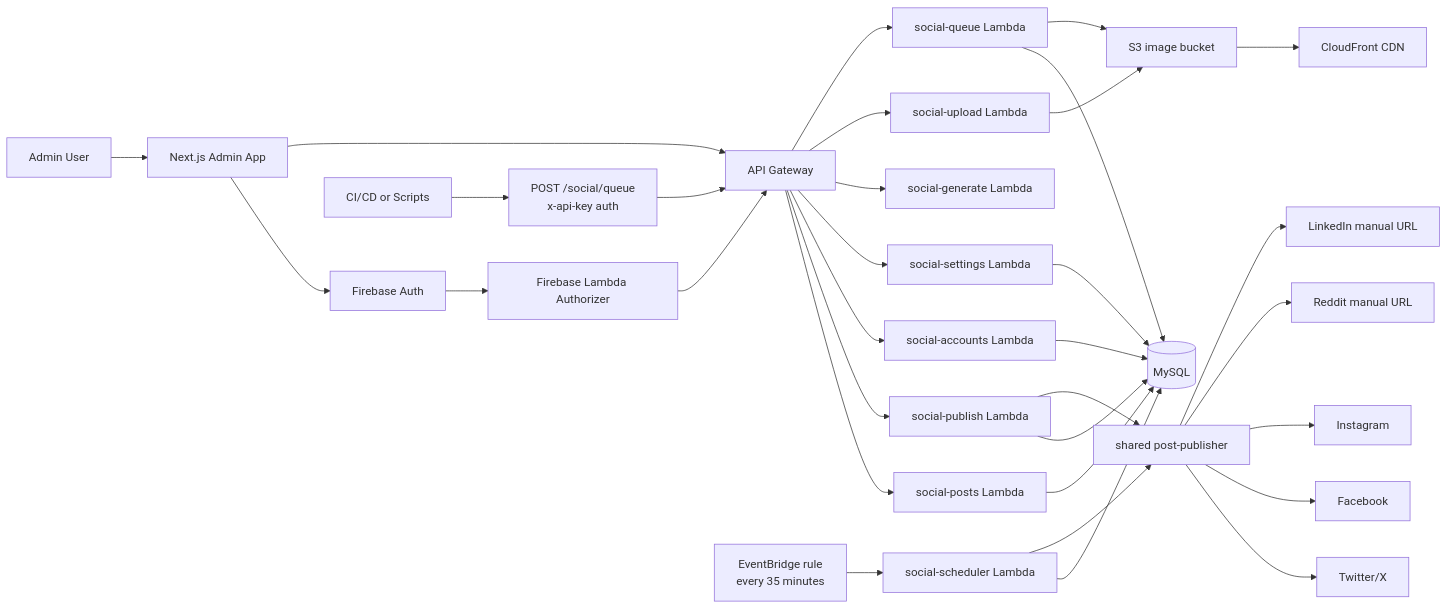
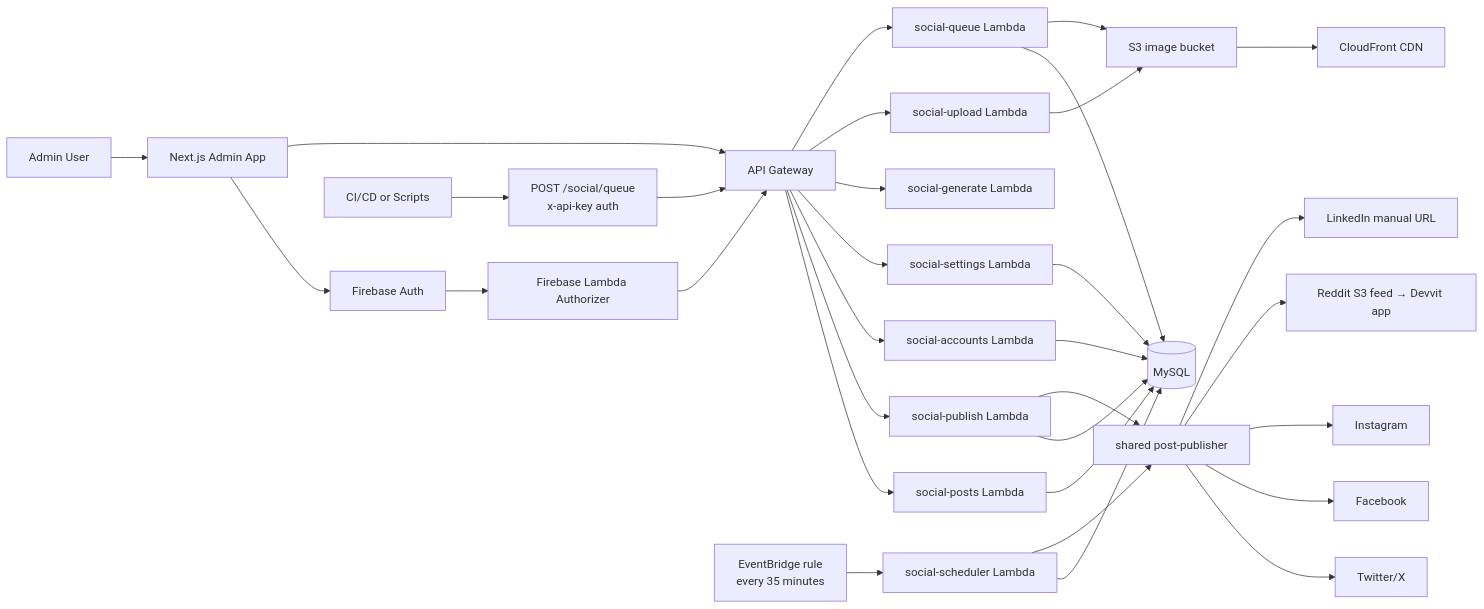
Before and after one commit to CreditOdds/social-posting-service: the diagram in README.md, drawn with Mermaid. The commit also changed other lines of this file and 20 other files, not shown here.

First line of the commit message:
Add @card_wire account, Reddit Devvit feed, and opt-in platform routing (#14)

````diff
--- a/README.md
+++ b/README.md
@@ -67,41 +67,41 @@
 ```mermaid
 flowchart LR
   Admin["Admin User"] --> Web["Next.js Admin App"]
   Web --> Firebase["Firebase Auth"]
   Web --> APIGW["API Gateway"]
   Firebase --> Authorizer["Firebase Lambda Authorizer"]
   Authorizer --> APIGW
 
   CICD["CI/CD or Scripts"] --> QueueAPI["POST /social/queue<br/>x-api-key auth"]
   QueueAPI --> APIGW
 
   APIGW --> Posts["social-posts Lambda"]
   APIGW --> Publish["social-publish Lambda"]
   APIGW --> Accounts["social-accounts Lambda"]
   APIGW --> Settings["social-settings Lambda"]
   APIGW --> Generate["social-generate Lambda"]
   APIGW --> Upload["social-upload Lambda"]
   APIGW --> Queue["social-queue Lambda"]
 
   Scheduler["EventBridge rule<br/>every 35 minutes"] --> SchedFn["social-scheduler Lambda"]
 
   Posts --> DB[("MySQL")]
   Publish --> DB
   Accounts --> DB
   Settings --> DB
   Queue --> DB
   SchedFn --> DB
 
   Upload --> S3["S3 image bucket"]
   Queue --> S3
   S3 --> CDN["CloudFront CDN"]
 
   Publish --> Publisher["shared post-publisher"]
   SchedFn --> Publisher
 
   Publisher --> Twitter["Twitter/X"]
   Publisher --> Facebook["Facebook"]
   Publisher --> Instagram["Instagram"]
-  Publisher --> Reddit["Reddit manual URL"]
+  Publisher --> Reddit["Reddit S3 feed → Devvit app"]
   Publisher --> LinkedIn["LinkedIn manual URL"]
 ```
````
